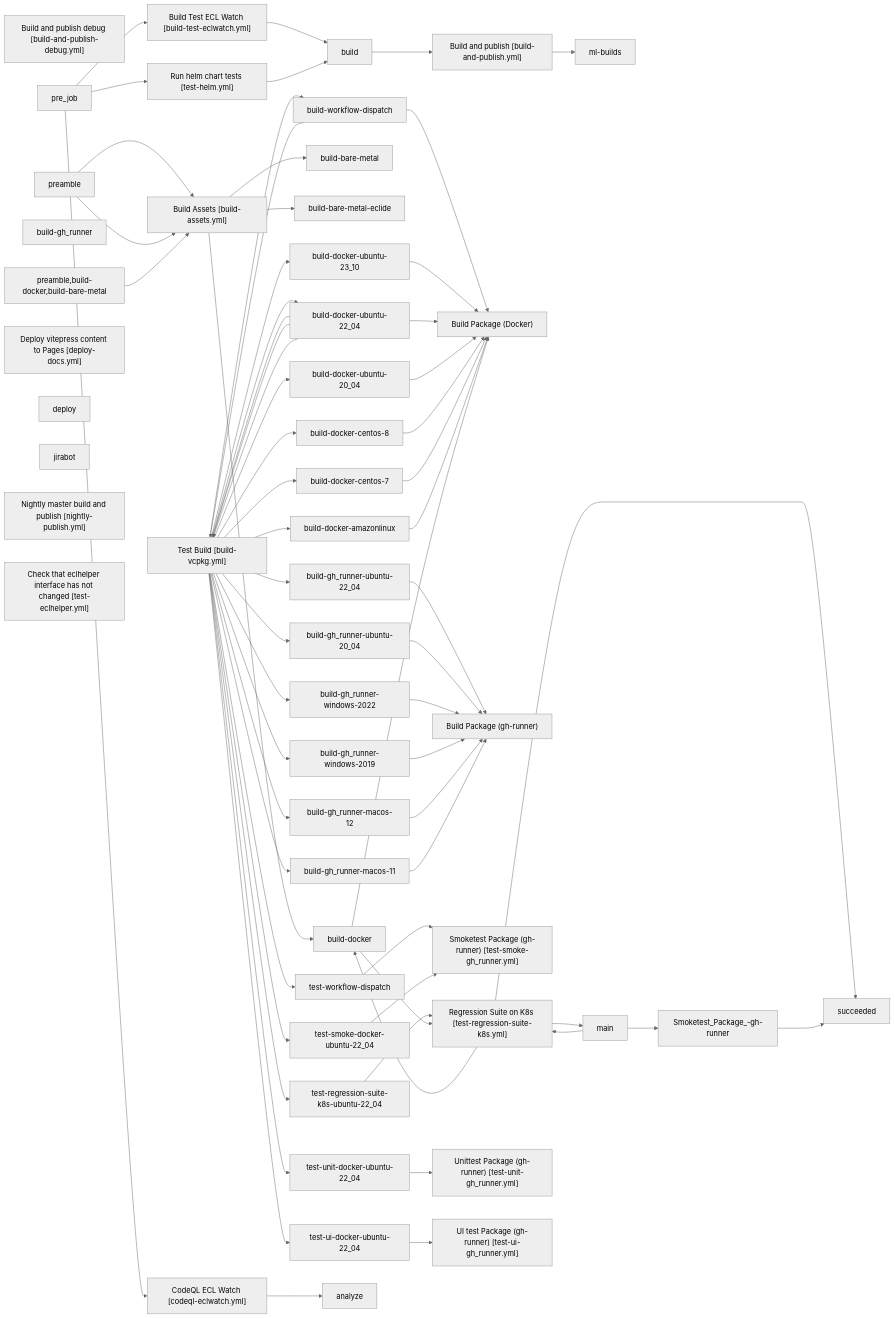
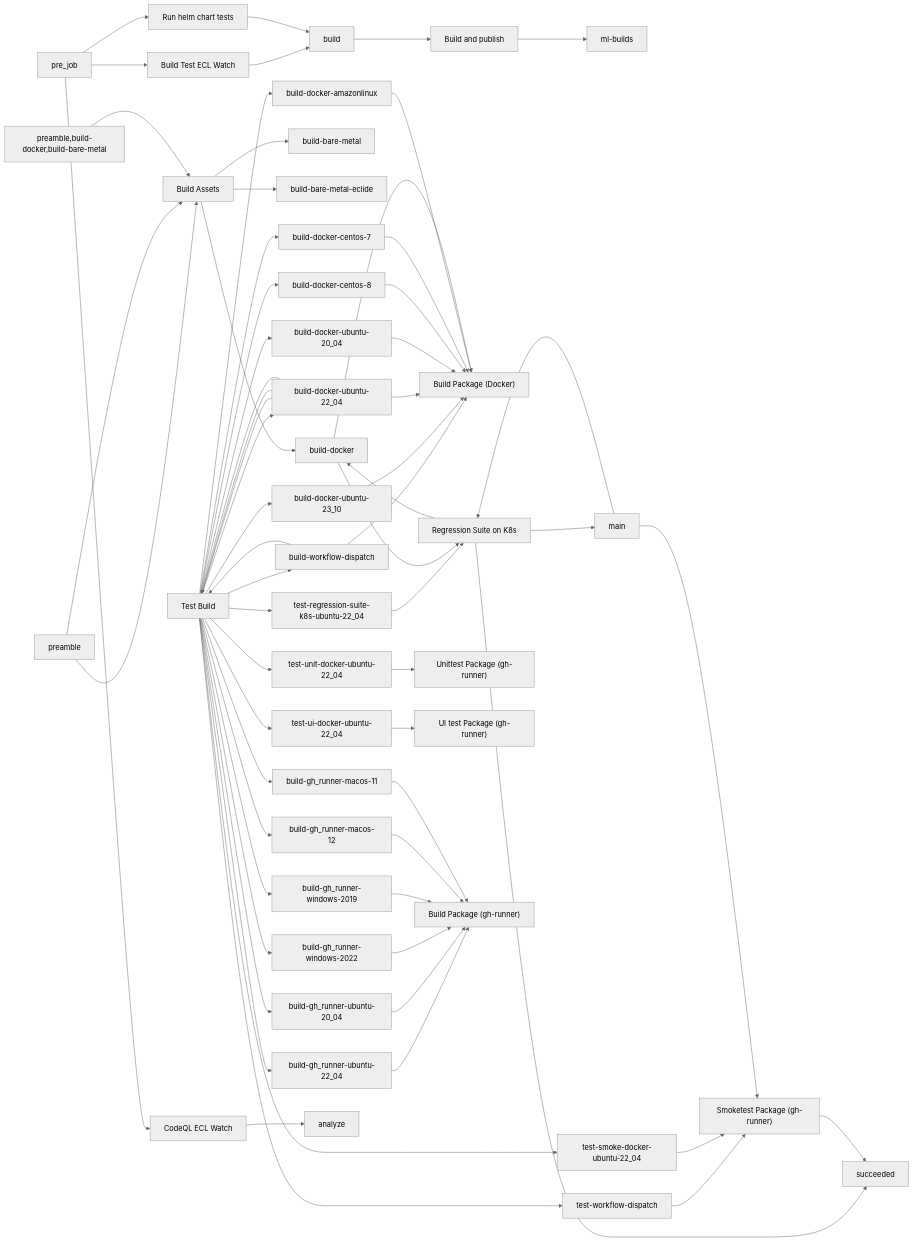
One commit to AttilaVamos/HPCC-Platform changed the second of 2 diagrams in .github/workflows/ActionFlow.md. Above: the diagram before and after it, drawn with Mermaid (neutral theme).

````diff
--- a/.github/workflows/ActionFlow.md
+++ b/.github/workflows/ActionFlow.md
@@ -14,112 +14,32 @@
 ```mermaid
   graph LR;
-Build_and_publish_debug["Build and publish debug [build-and-publish-debug.yml]"]
-build["build"]
-Build_and_publish["Build and publish [build-and-publish.yml]"]
-build["build"]
-ml-builds["ml-builds"]
-build -->Build_and_publish-->ml-builds ;
-Build_Assets["Build Assets [build-assets.yml]"]
-preamble["preamble"]
-build-docker["build-docker"]
-preamble -->Build_Assets-->build-docker ;
-build-bare-metal["build-bare-metal"]
-preamble -->Build_Assets-->build-bare-metal ;
-build-bare-metal-eclide["build-bare-metal-eclide"]
-preamble,build-docker,build-bare-metal -->Build_Assets-->build-bare-metal-eclide ;
-Build_Package_-Docker-["Build Package (Docker) [build-docker.yml]"]
-build-docker["build-docker"]
-Build_Package_-gh-runner-["Build Package (gh-runner) [build-gh_runner.yml]"]
-build-gh_runner["build-gh_runner"]
-Build_Test_ECL_Watch["Build Test ECL Watch [build-test-eclwatch.yml]"]
-pre_job["pre_job"]
-build["build"]
-pre_job -->Build_Test_ECL_Watch-->build ;
-Test_Build["Test Build [build-vcpkg.yml]"]
-build-workflow-dispatch["build-workflow-dispatch"]
-Build_Package_-Docker-["Build Package (Docker)"]
-Test_Build-->build-workflow-dispatch --> Build_Package_-Docker- ;
-test-workflow-dispatch["test-workflow-dispatch"]
-Smoketest_Package_-gh-runner-["Smoketest Package (gh-runner)"]
-build-workflow-dispatch -->Test_Build-->test-workflow-dispatch --> Smoketest_Package_-gh-runner- ;
-build-docker-ubuntu-23_10["build-docker-ubuntu-23_10"]
-Build_Package_-Docker-["Build Package (Docker)"]
-Test_Build-->build-docker-ubuntu-23_10 --> Build_Package_-Docker- ;
-build-docker-ubuntu-22_04["build-docker-ubuntu-22_04"]
-Build_Package_-Docker-["Build Package (Docker)"]
-Test_Build-->build-docker-ubuntu-22_04 --> Build_Package_-Docker- ;
-test-smoke-docker-ubuntu-22_04["test-smoke-docker-ubuntu-22_04"]
-Smoketest_Package_-gh-runner-["Smoketest Package (gh-runner)"]
-build-docker-ubuntu-22_04 -->Test_Build-->test-smoke-docker-ubuntu-22_04 --> Smoketest_Package_-gh-runner- ;
-test-regression-suite-k8s-ubuntu-22_04["test-regression-suite-k8s-ubuntu-22_04"]
-Regression_Suite_on_K8s["Regression Suite on K8s"]
-Test_Build-->test-regression-suite-k8s-ubuntu-22_04 --> Regression_Suite_on_K8s ;
-test-unit-docker-ubuntu-22_04["test-unit-docker-ubuntu-22_04"]
-Unittest_Package_-gh-runner-["Unittest Package (gh-runner)"]
-build-docker-ubuntu-22_04 -->Test_Build-->test-unit-docker-ubuntu-22_04 --> Unittest_Package_-gh-runner- ;
-test-ui-docker-ubuntu-22_04["test-ui-docker-ubuntu-22_04"]
-UI_test_Package_-gh-runner-["UI test Package (gh-runner)"]
-build-docker-ubuntu-22_04 -->Test_Build-->test-ui-docker-ubuntu-22_04 --> UI_test_Package_-gh-runner- ;
-build-docker-ubuntu-20_04["build-docker-ubuntu-20_04"]
-Build_Package_-Docker-["Build Package (Docker)"]
-Test_Build-->build-docker-ubuntu-20_04 --> Build_Package_-Docker- ;
-build-docker-centos-8["build-docker-centos-8"]
-Build_Package_-Docker-["Build Package (Docker)"]
-Test_Build-->build-docker-centos-8 --> Build_Package_-Docker- ;
-build-docker-centos-7["build-docker-centos-7"]
-Build_Package_-Docker-["Build Package (Docker)"]
-Test_Build-->build-docker-centos-7 --> Build_Package_-Docker- ;
-build-docker-amazonlinux["build-docker-amazonlinux"]
-Build_Package_-Docker-["Build Package (Docker)"]
-Test_Build-->build-docker-amazonlinux --> Build_Package_-Docker- ;
-build-gh_runner-ubuntu-22_04["build-gh_runner-ubuntu-22_04"]
-Build_Package_-gh-runner-["Build Package (gh-runner)"]
-Test_Build-->build-gh_runner-ubuntu-22_04 --> Build_Package_-gh-runner- ;
-build-gh_runner-ubuntu-20_04["build-gh_runner-ubuntu-20_04"]
-Build_Package_-gh-runner-["Build Package (gh-runner)"]
-Test_Build-->build-gh_runner-ubuntu-20_04 --> Build_Package_-gh-runner- ;
-build-gh_runner-windows-2022["build-gh_runner-windows-2022"]
-Build_Package_-gh-runner-["Build Package (gh-runner)"]
-Test_Build-->build-gh_runner-windows-2022 --> Build_Package_-gh-runner- ;
-build-gh_runner-windows-2019["build-gh_runner-windows-2019"]
-Build_Package_-gh-runner-["Build Package (gh-runner)"]
-Test_Build-->build-gh_runner-windows-2019 --> Build_Package_-gh-runner- ;
-build-gh_runner-macos-12["build-gh_runner-macos-12"]
-Build_Package_-gh-runner-["Build Package (gh-runner)"]
-Test_Build-->build-gh_runner-macos-12 --> Build_Package_-gh-runner- ;
-build-gh_runner-macos-11["build-gh_runner-macos-11"]
-Build_Package_-gh-runner-["Build Package (gh-runner)"]
-Test_Build-->build-gh_runner-macos-11 --> Build_Package_-gh-runner- ;
-CodeQL_ECL_Watch["CodeQL ECL Watch [codeql-eclwatch.yml]"]
-pre_job["pre_job"]
-analyze["analyze"]
-pre_job -->CodeQL_ECL_Watch-->analyze ;
-Deploy_vitepress_content_to_Pages["Deploy vitepress content to Pages [deploy-docs.yml]"]
-deploy["deploy"]
-jirabot["jirabot [jirabot.yml]"]
-jirabot["jirabot"]
-Nightly_master_build_and_publish["Nightly master build and publish [nightly-publish.yml]"]
-build["build"]
-Check_that_eclhelper_interface_has_not_changed["Check that eclhelper interface has not changed [test-eclhelper.yml]"]
-build["build"]
-Run_helm_chart_tests["Run helm chart tests [test-helm.yml]"]
-pre_job["pre_job"]
-build["build"]
-pre_job -->Run_helm_chart_tests-->build ;
-Regression_Suite_on_K8s["Regression Suite on K8s [test-regression-suite-k8s.yml]"]
-build-docker["build-docker"]
-Build_Package_-Docker-["Build Package (Docker)"]
-Regression_Suite_on_K8s-->build-docker --> Build_Package_-Docker- ;
-main["main"]
-build-docker -->Regression_Suite_on_K8s-->main ;
-succeeded["succeeded"]
-main -->Regression_Suite_on_K8s-->succeeded ;
-Smoketest_Package_-gh-runner-["Smoketest Package (gh-runner) [test-smoke-gh_runner.yml]"]
-main["main"]
-succeeded["succeeded"]
-main -->Smoketest_Package_-gh-runner--->succeeded ;
-UI_test_Package_-gh-runner-["UI test Package (gh-runner) [test-ui-gh_runner.yml]"]
-main["main"]
-Unittest_Package_-gh-runner-["Unittest Package (gh-runner) [test-unit-gh_runner.yml]"]
-main["main"]
+build -->Build_and_publish["Build and publish"]-->ml-builds["ml-builds"] ;
+preamble -->Build_Assets["Build Assets"]-->build-docker["build-docker"] ;
+preamble -->Build_Assets["Build Assets"]-->build-bare-metal["build-bare-metal"] ;
+preamble,build-docker,build-bare-metal -->Build_Assets["Build Assets"]-->build-bare-metal-eclide["build-bare-metal-eclide"] ;
+pre_job -->Build_Test_ECL_Watch["Build Test ECL Watch"]-->build["build"] ;
+Test_Build["Test Build"]-->build-workflow-dispatch["build-workflow-dispatch"] --> Build_Package_-Docker-["Build Package (Docker)"] ;
+build-workflow-dispatch -->Test_Build["Test Build"]-->test-workflow-dispatch["test-workflow-dispatch"] --> Smoketest_Package_-gh-runner-["Smoketest Package (gh-runner)"] ;
+Test_Build["Test Build"]-->build-docker-ubuntu-23_10["build-docker-ubuntu-23_10"] --> Build_Package_-Docker-["Build Package (Docker)"] ;
+Test_Build["Test Build"]-->build-docker-ubuntu-22_04["build-docker-ubuntu-22_04"] --> Build_Package_-Docker-["Build Package (Docker)"] ;
+build-docker-ubuntu-22_04 -->Test_Build["Test Build"]-->test-smoke-docker-ubuntu-22_04["test-smoke-docker-ubuntu-22_04"] --> Smoketest_Package_-gh-runner-["Smoketest Package (gh-runner)"] ;
+Test_Build["Test Build"]-->test-regression-suite-k8s-ubuntu-22_04["test-regression-suite-k8s-ubuntu-22_04"] --> Regression_Suite_on_K8s["Regression Suite on K8s"] ;
+build-docker-ubuntu-22_04 -->Test_Build["Test Build"]-->test-unit-docker-ubuntu-22_04["test-unit-docker-ubuntu-22_04"] --> Unittest_Package_-gh-runner-["Unittest Package (gh-runner)"] ;
+build-docker-ubuntu-22_04 -->Test_Build["Test Build"]-->test-ui-docker-ubuntu-22_04["test-ui-docker-ubuntu-22_04"] --> UI_test_Package_-gh-runner-["UI test Package (gh-runner)"] ;
+Test_Build["Test Build"]-->build-docker-ubuntu-20_04["build-docker-ubuntu-20_04"] --> Build_Package_-Docker-["Build Package (Docker)"] ;
+Test_Build["Test Build"]-->build-docker-centos-8["build-docker-centos-8"] --> Build_Package_-Docker-["Build Package (Docker)"] ;
+Test_Build["Test Build"]-->build-docker-centos-7["build-docker-centos-7"] --> Build_Package_-Docker-["Build Package (Docker)"] ;
+Test_Build["Test Build"]-->build-docker-amazonlinux["build-docker-amazonlinux"] --> Build_Package_-Docker-["Build Package (Docker)"] ;
+Test_Build["Test Build"]-->build-gh_runner-ubuntu-22_04["build-gh_runner-ubuntu-22_04"] --> Build_Package_-gh-runner-["Build Package (gh-runner)"] ;
+Test_Build["Test Build"]-->build-gh_runner-ubuntu-20_04["build-gh_runner-ubuntu-20_04"] --> Build_Package_-gh-runner-["Build Package (gh-runner)"] ;
+Test_Build["Test Build"]-->build-gh_runner-windows-2022["build-gh_runner-windows-2022"] --> Build_Package_-gh-runner-["Build Package (gh-runner)"] ;
+Test_Build["Test Build"]-->build-gh_runner-windows-2019["build-gh_runner-windows-2019"] --> Build_Package_-gh-runner-["Build Package (gh-runner)"] ;
+Test_Build["Test Build"]-->build-gh_runner-macos-12["build-gh_runner-macos-12"] --> Build_Package_-gh-runner-["Build Package (gh-runner)"] ;
+Test_Build["Test Build"]-->build-gh_runner-macos-11["build-gh_runner-macos-11"] --> Build_Package_-gh-runner-["Build Package (gh-runner)"] ;
+pre_job -->CodeQL_ECL_Watch["CodeQL ECL Watch"]-->analyze["analyze"] ;
+pre_job -->Run_helm_chart_tests["Run helm chart tests"]-->build["build"] ;
+Regression_Suite_on_K8s["Regression Suite on K8s"]-->build-docker["build-docker"] --> Build_Package_-Docker-["Build Package (Docker)"] ;
+build-docker -->Regression_Suite_on_K8s["Regression Suite on K8s"]-->main["main"] ;
+main -->Regression_Suite_on_K8s["Regression Suite on K8s"]-->succeeded["succeeded"] ;
+main -->Smoketest_Package_-gh-runner-["Smoketest Package (gh-runner)"]-->succeeded["succeeded"] ;
 ```
````
